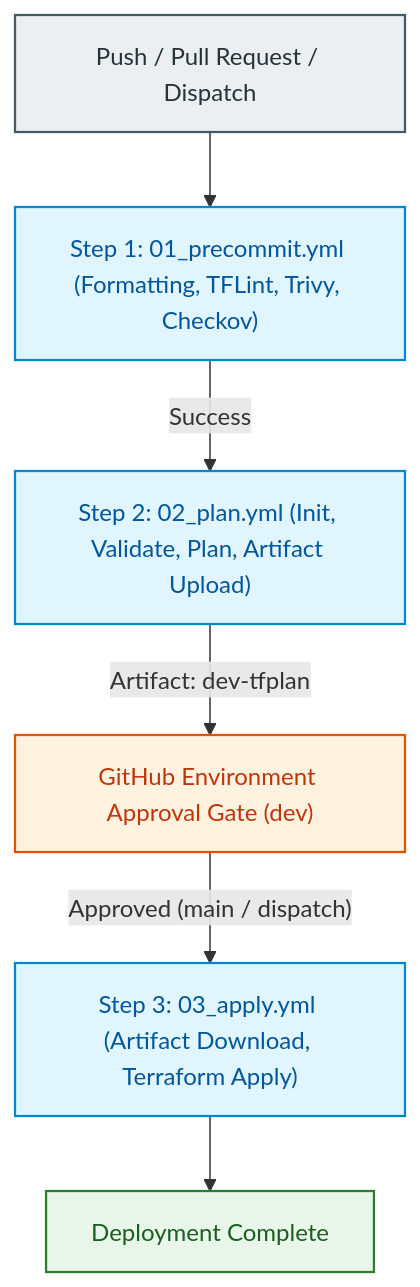
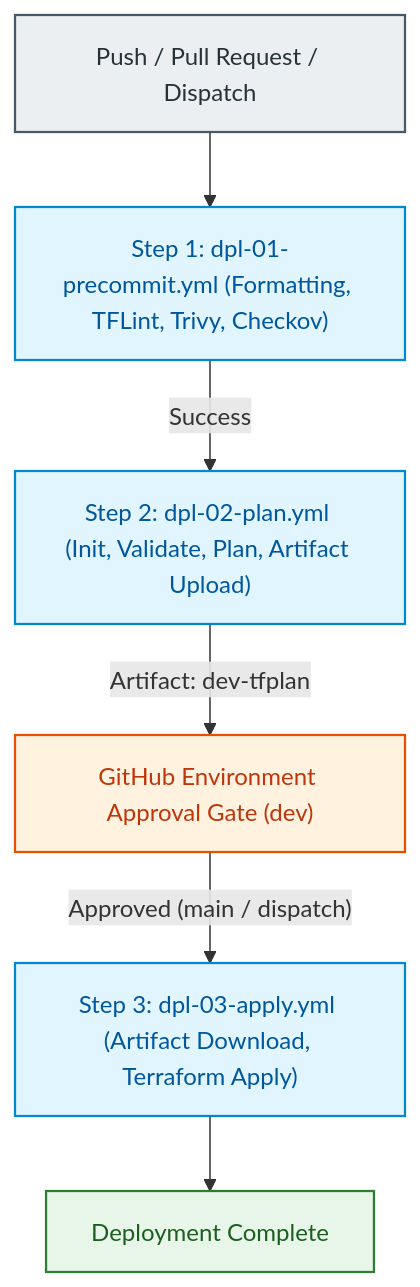
One commit to MikolajSedek/databricks_aws_deployment_01_vpc_networking changed the first of 2 diagrams in .github/workflows/README.md. Above: the diagram before and after it, drawn with Mermaid. The commit also changed other lines of this file and 4 other files, not shown here.

````diff
--- a/.github/workflows/README.md
+++ b/.github/workflows/README.md
@@ -28,20 +28,20 @@
 ```mermaid
 flowchart TD
     classDef trigger fill:#ECEFF1,stroke:#455A64,stroke-width:1.5px,color:#263238;
     classDef stage fill:#E1F5FE,stroke:#0288D1,stroke-width:1.5px,color:#01579B;
     classDef gate fill:#FFF3E0,stroke:#E65100,stroke-width:1.5px,color:#BF360C;
     classDef finish fill:#E8F5E9,stroke:#2E7D32,stroke-width:1.5px,color:#1B5E20;
 
     Trigger["Push / Pull Request / Dispatch"]:::trigger
-    Stage1["Step 1: 01_precommit.yml (Formatting, TFLint, Trivy, Checkov)"]:::stage
-    Stage2["Step 2: 02_plan.yml (Init, Validate, Plan, Artifact Upload)"]:::stage
+    Stage1["Step 1: dpl-01-precommit.yml (Formatting, TFLint, Trivy, Checkov)"]:::stage
+    Stage2["Step 2: dpl-02-plan.yml (Init, Validate, Plan, Artifact Upload)"]:::stage
     Gate["GitHub Environment Approval Gate (dev)"]:::gate
-    Stage3["Step 3: 03_apply.yml (Artifact Download, Terraform Apply)"]:::stage
+    Stage3["Step 3: dpl-03-apply.yml (Artifact Download, Terraform Apply)"]:::stage
     Done["Deployment Complete"]:::finish
 
     Trigger --> Stage1
     Stage1 -->|"Success"| Stage2
     Stage2 -->|"Artifact: dev-tfplan"| Gate
     Gate -->|"Approved (main / dispatch)"| Stage3
     Stage3 --> Done
 ```
````
